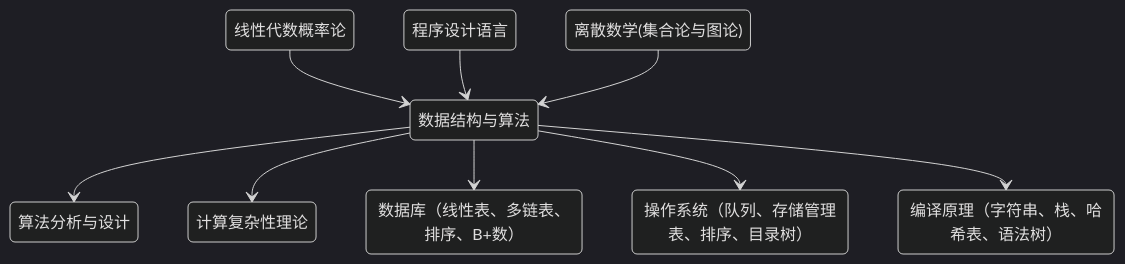
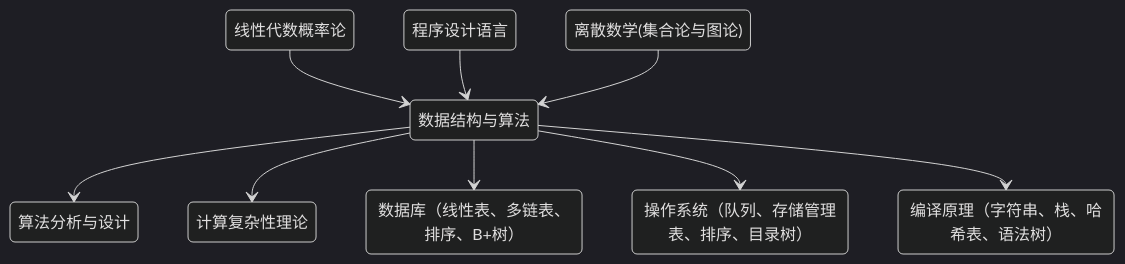
One commit to qfwuecrk/qfwuecrk.github.io changed the diagram in docs/DataStructures/index.md. Above: the diagram before and after it, drawn with Mermaid (dark theme). The commit also changed 1 other file, not shown here.

Commit message:
Dev (#6)
* update

* update

* update

* update

* update cpp

* update cpp

* update cpp

* update cpp

* update

* update

* update

* update

* update

* update

* update

* update

* update

* update

* update

* update

* update

* update

* updata

* update

* update

* update

* update

* update

* update

* update

````diff
--- a/docs/DataStructures/index.md
+++ b/docs/DataStructures/index.md
@@ -6,11 +6,11 @@
 ``` mermaid
 stateDiagram-v2
     线性代数概率论 --> 数据结构与算法
     程序设计语言 --> 数据结构与算法
     离散数学(集合论与图论) --> 数据结构与算法
     数据结构与算法 --> 算法分析与设计
     数据结构与算法 --> 计算复杂性理论
-    数据结构与算法 --> 数据库（线性表、多链表、排序、B+数）
+    数据结构与算法 --> 数据库（线性表、多链表、排序、B+树）
     数据结构与算法 --> 操作系统（队列、存储管理表、排序、目录树）
     数据结构与算法 --> 编译原理（字符串、栈、哈希表、语法树）
 ```
````
